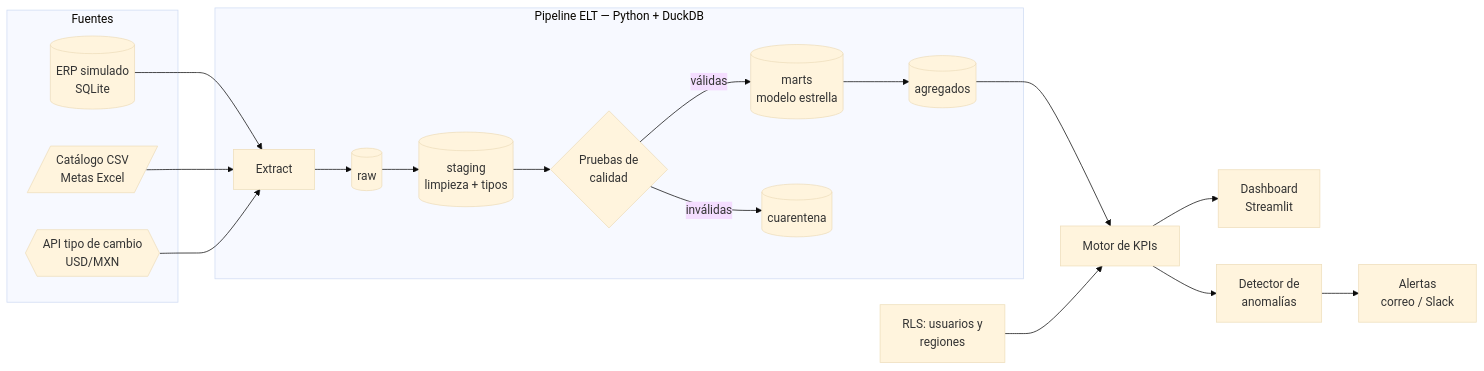
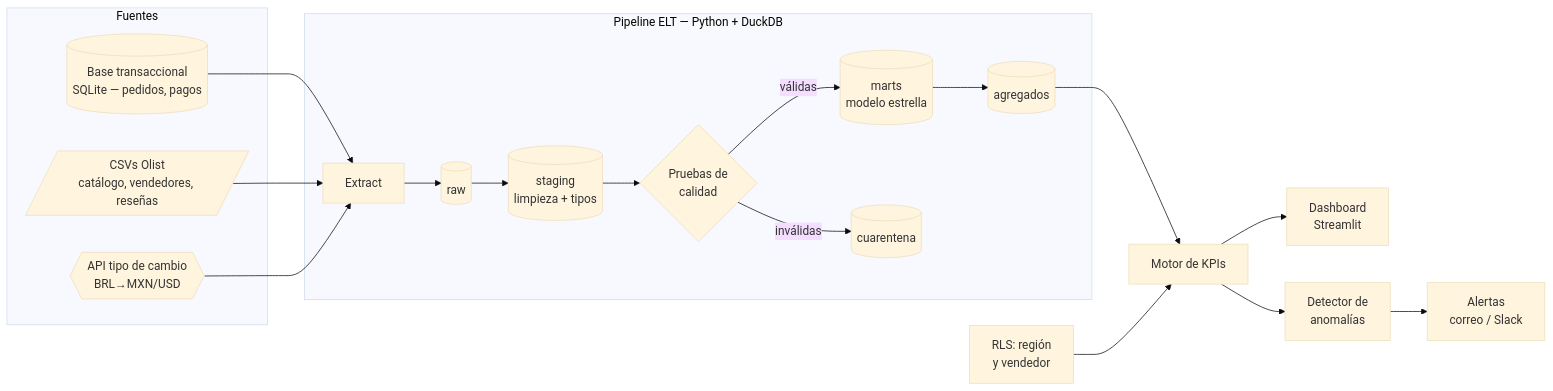
The first of 2 diagrams in 01-bi-kpi-analytics/docs/design.md (nitoramber-svg/Portfolio-automations-of-Software), drawn with Mermaid (base theme) before and after one commit. The commit also changed other lines of this file and 1 other file, not shown here.

First line of the commit message:
Switch BI project design to the public Olist dataset

````diff
--- a/01-bi-kpi-analytics/docs/design.md
+++ b/01-bi-kpi-analytics/docs/design.md
@@ -62,24 +68,24 @@
 ```mermaid
 flowchart LR
     subgraph Fuentes
-        A[(ERP simulado<br/>SQLite)]
-        B[/Catálogo CSV<br/>Metas Excel/]
-        C{{API tipo de cambio<br/>USD/MXN}}
+        A[(Base transaccional<br/>SQLite — pedidos, pagos)]
+        B[/CSVs Olist<br/>catálogo, vendedores, reseñas/]
+        C{{API tipo de cambio<br/>BRL→MXN/USD}}
     end
     subgraph Pipeline ELT [Pipeline ELT — Python + DuckDB]
         E[Extract] --> R[(raw)]
         R --> S[(staging<br/>limpieza + tipos)]
         S --> Q{Pruebas de<br/>calidad}
         Q -- válidas --> M[(marts<br/>modelo estrella)]
         Q -- inválidas --> X[(cuarentena)]
         M --> G[(agregados)]
     end
     A --> E
     B --> E
     C --> E
     G --> K[Motor de KPIs]
     K --> D[Dashboard<br/>Streamlit]
     K --> N[Detector de<br/>anomalías]
     N --> L[Alertas<br/>correo / Slack]
-    U[RLS: usuarios y<br/>regiones] --> K
+    U[RLS: región<br/>y vendedor] --> K
 ```
````
